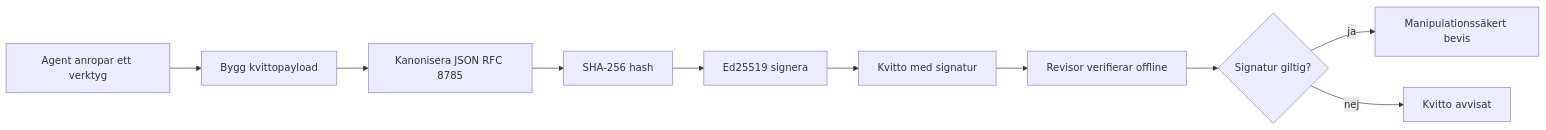
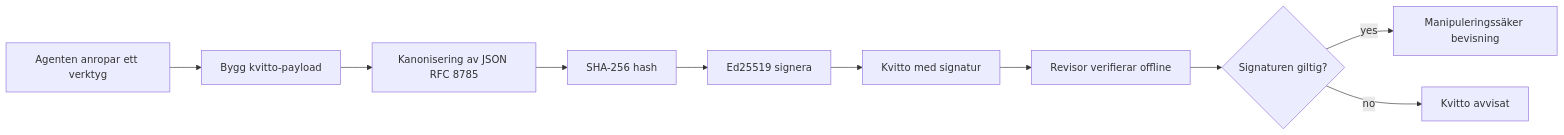
The first of 2 diagrams in mirrors/repos/microsoft@ai-agents-for-beginners/translations/sv/18-securing-ai-agents/README.md (gabrielmoreira/agent-skills-mirror), drawn with Mermaid before and after one commit. The commit also changed other lines of this file and 8886 other files, not shown here.

````diff
--- a/mirrors/repos/microsoft@ai-agents-for-beginners/translations/sv/18-securing-ai-agents/README.md
+++ b/mirrors/repos/microsoft@ai-agents-for-beginners/translations/sv/18-securing-ai-agents/README.md
@@ -51,12 +51,12 @@
 ```mermaid
 flowchart LR
-    A[Agent anropar ett verktyg] --> B[Bygg kvittopayload]
-    B --> C[Kanonisera JSON RFC 8785]
+    A[Agenten anropar ett verktyg] --> B[Bygg kvitto-payload]
+    B --> C[Kanonisering av JSON RFC 8785]
     C --> D[SHA-256 hash]
     D --> E[Ed25519 signera]
     E --> F[Kvitto med signatur]
     F --> G[Revisor verifierar offline]
-    G --> H{Signatur giltig?}
-    H -- ja --> I[Manipulationssäkert bevis]
-    H -- nej --> J[Kvitto avvisat]
+    G --> H{Signaturen giltig?}
+    H -- yes --> I[Manipuleringssäker bevisning]
+    H -- no --> J[Kvitto avvisat]
 ```
````
